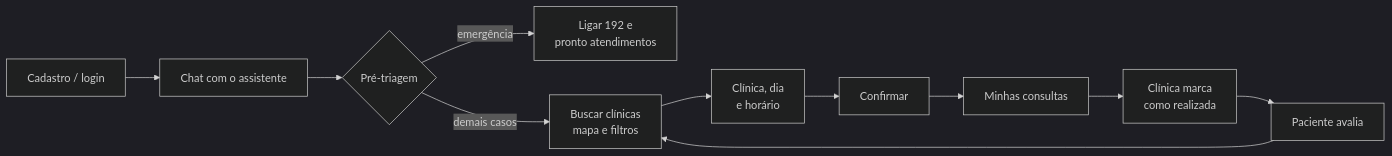
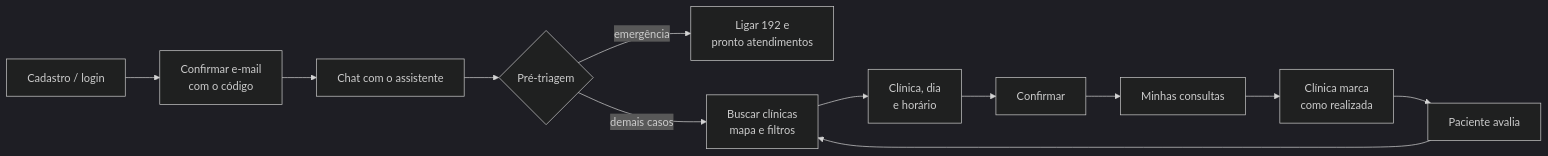
One commit to Agendoc/agendoc-docs changed the first of 2 diagrams in guia/README.md. Above: the diagram before and after it, drawn with Mermaid (dark theme). The commit also changed other lines of this file and 16 other files, not shown here.

````diff
--- a/guia/README.md
+++ b/guia/README.md
@@ -55,13 +56,14 @@
 ```mermaid
 flowchart LR
-    A[Cadastro / login] --> B[Chat com o assistente]
+    A[Cadastro / login] --> V[Confirmar e-mail<br/>com o código]
+    V --> B[Chat com o assistente]
     B --> C{Pré-triagem}
     C -- emergência --> D[Ligar 192 e<br/>pronto atendimentos]
     C -- demais casos --> E[Buscar clínicas<br/>mapa e filtros]
     E --> F[Clínica, dia<br/>e horário]
     F --> G[Confirmar]
     G --> H[Minhas consultas]
     H --> I[Clínica marca<br/>como realizada]
     I --> J[Paciente avalia]
     J --> E
 ```
````
